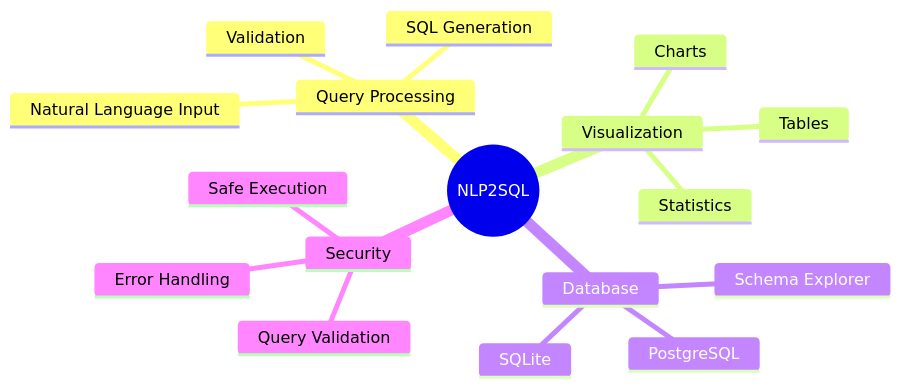
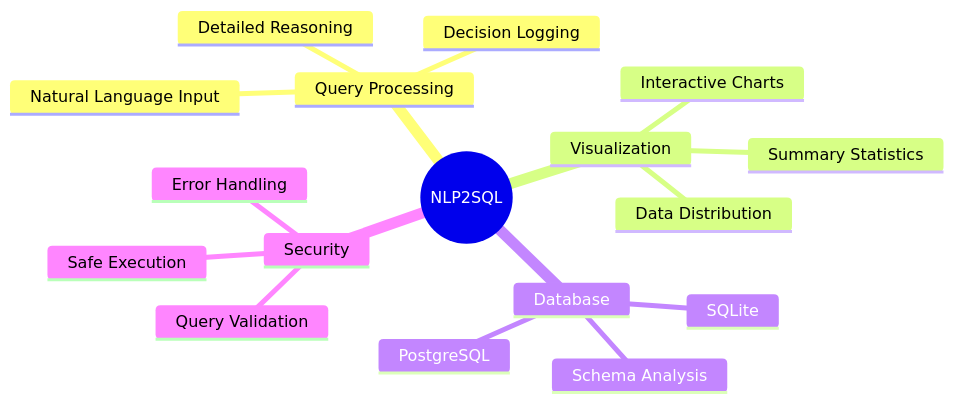
One commit to lohitkolluri/NLP2SQL changed the second of 2 diagrams in README.md. Above: the diagram before and after it, drawn with Mermaid. The commit also changed other lines of this file and 6 other files, not shown here.

````diff
--- a/README.md
+++ b/README.md
@@ -125,20 +124,20 @@
 ```mermaid
 mindmap
   root((NLP2SQL))
     Query Processing
       Natural Language Input
-      SQL Generation
-      Validation
+      Decision Logging
+      Detailed Reasoning
     Visualization
-      Charts
-      Tables
-      Statistics
+      Interactive Charts
+      Summary Statistics
+      Data Distribution
     Database
       PostgreSQL
       SQLite
-      Schema Explorer
+      Schema Analysis
     Security
       Query Validation
       Error Handling
       Safe Execution
 ```
````
